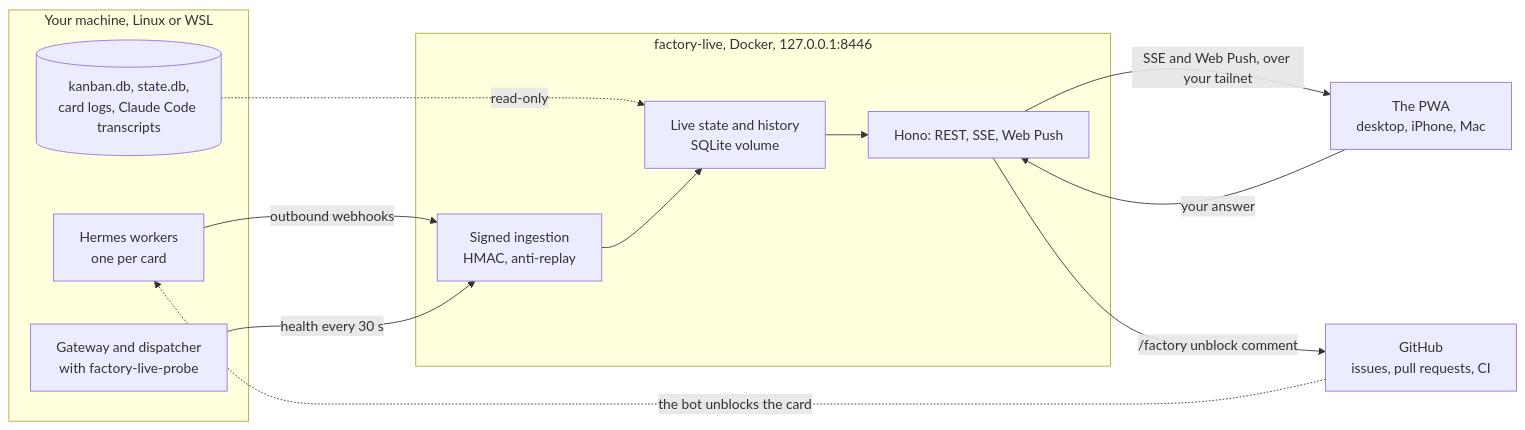
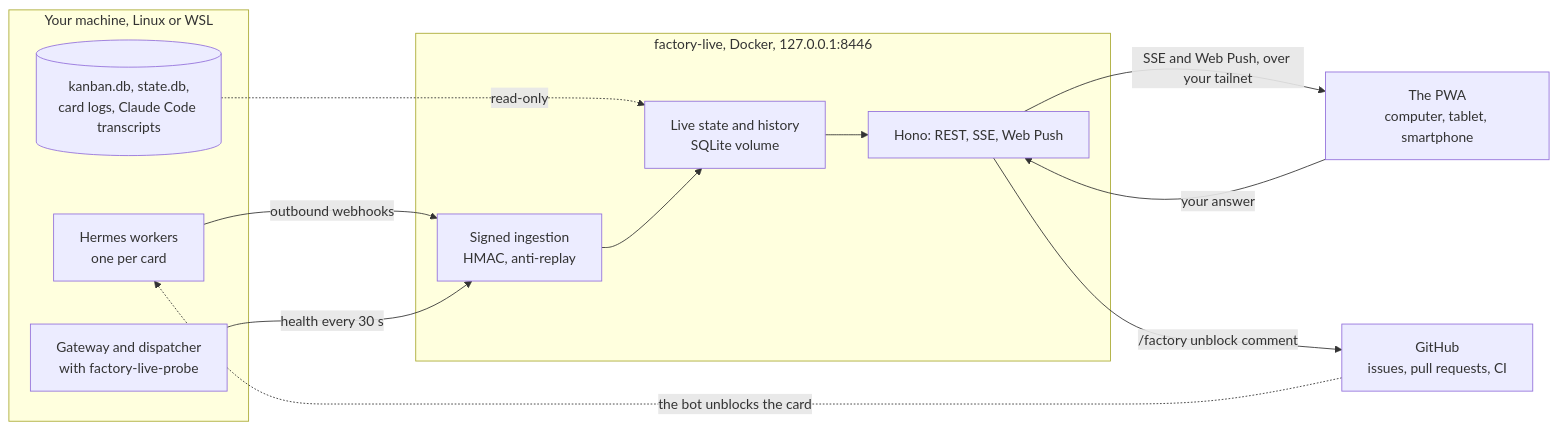
One commit to code-my-life/factory-live changed the diagram in README.md. Above: the diagram before and after it, drawn with Mermaid. The commit also changed other lines of this file and 10 other files, not shown here.

First line of the commit message:
Site et README : une PWA pour ordinateur, tablette et smartphone, dite dès le héros

````diff
--- a/README.md
+++ b/README.md
@@ -90,23 +92,23 @@
 ```mermaid
 flowchart LR
   subgraph host["Your machine, Linux or WSL"]
     W["Hermes workers<br/>one per card"]
     G["Gateway and dispatcher<br/>with factory-live-probe"]
     D[("kanban.db, state.db,<br/>card logs, Claude Code transcripts")]
   end
   subgraph box["factory-live, Docker, 127.0.0.1:8446"]
     I["Signed ingestion<br/>HMAC, anti-replay"]
     S["Live state and history<br/>SQLite volume"]
     A["Hono: REST, SSE, Web Push"]
   end
-  P["The PWA<br/>desktop, iPhone, Mac"]
+  P["The PWA<br/>computer, tablet, smartphone"]
   GH["GitHub<br/>issues, pull requests, CI"]
   W -- "outbound webhooks" --> I
   G -- "health every 30 s" --> I
   D -. "read-only" .-> S
   I --> S --> A
   A -- "SSE and Web Push, over your tailnet" --> P
   P -- "your answer" --> A
   A -- "/factory unblock comment" --> GH
   GH -. "the bot unblocks the card" .-> W
 ```
````
